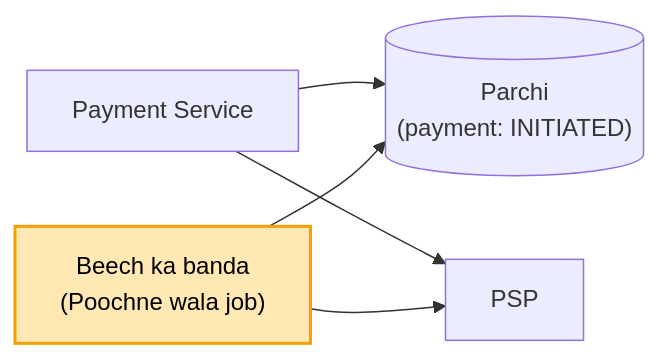
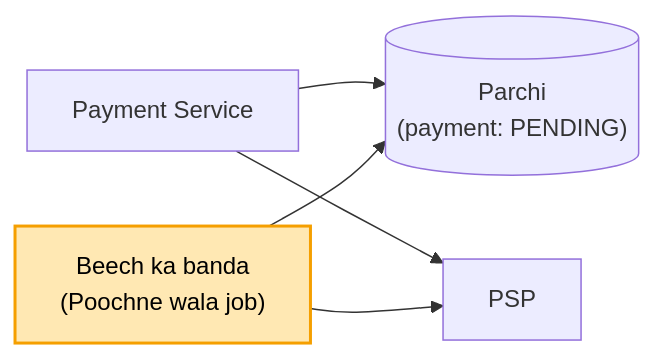
The third of 11 diagrams in 04_HLD/SYSTEM_DESIGNS/06_payment_system/06_payment_system.md (ArpanMaheshwari144/Prep), drawn with Mermaid before and after one commit. The commit also changed other lines of this file and 17 other files, not shown here.

Commit message:
HLD: 17 main files hand notes se milaye (har block alag section, kahani + asli naam, mermaid), technical naam bhi rakhe

````diff
--- a/04_HLD/SYSTEM_DESIGNS/06_payment_system/06_payment_system.md
+++ b/04_HLD/SYSTEM_DESIGNS/06_payment_system/06_payment_system.md
@@ -69,8 +68,8 @@
 ```mermaid
 flowchart LR
-    S["Payment Service"] --> D[("Parchi<br/>(payment: INITIATED)")]
+    S["Payment Service"] --> D[("Parchi<br/>(payment: PENDING)")]
     S --> P["PSP"]
     J["Beech ka banda<br/>(Poochne wala job)"] --> D
     J --> P
     style J fill:#ffe8b3,stroke:#f59f00,stroke-width:2px,color:#000
 ```
````
